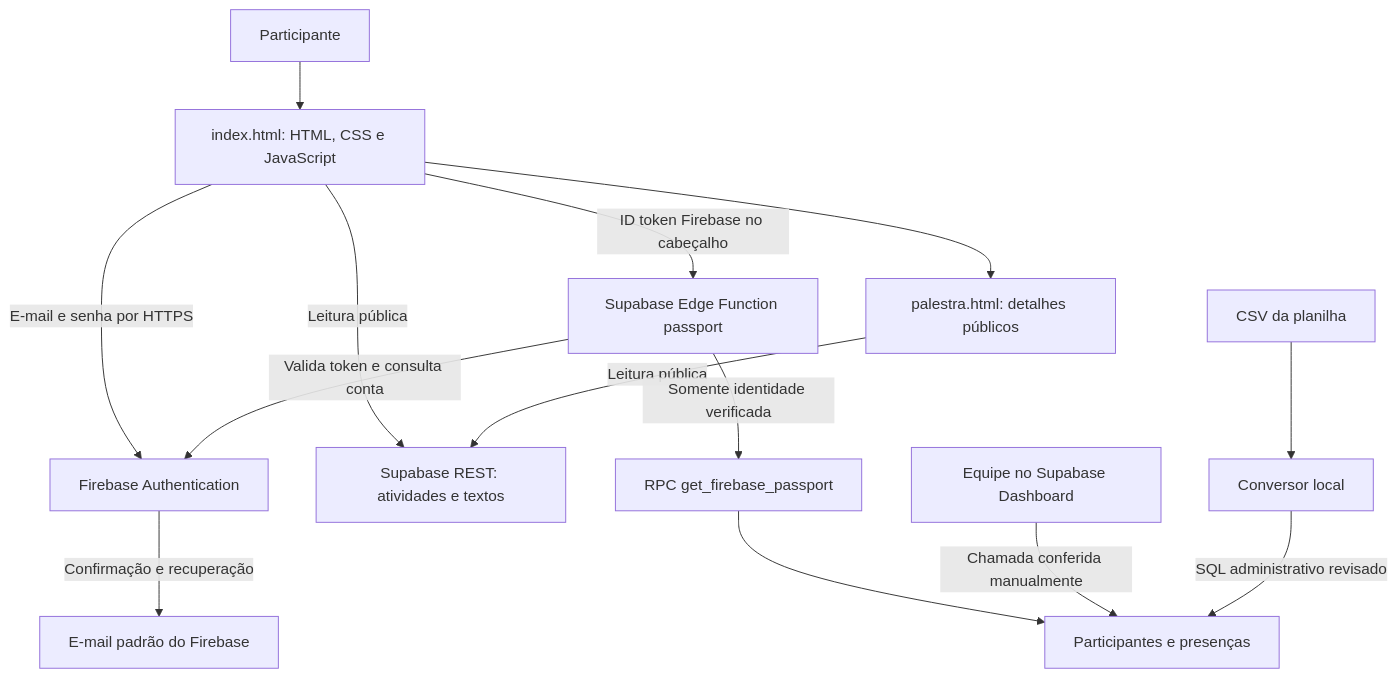
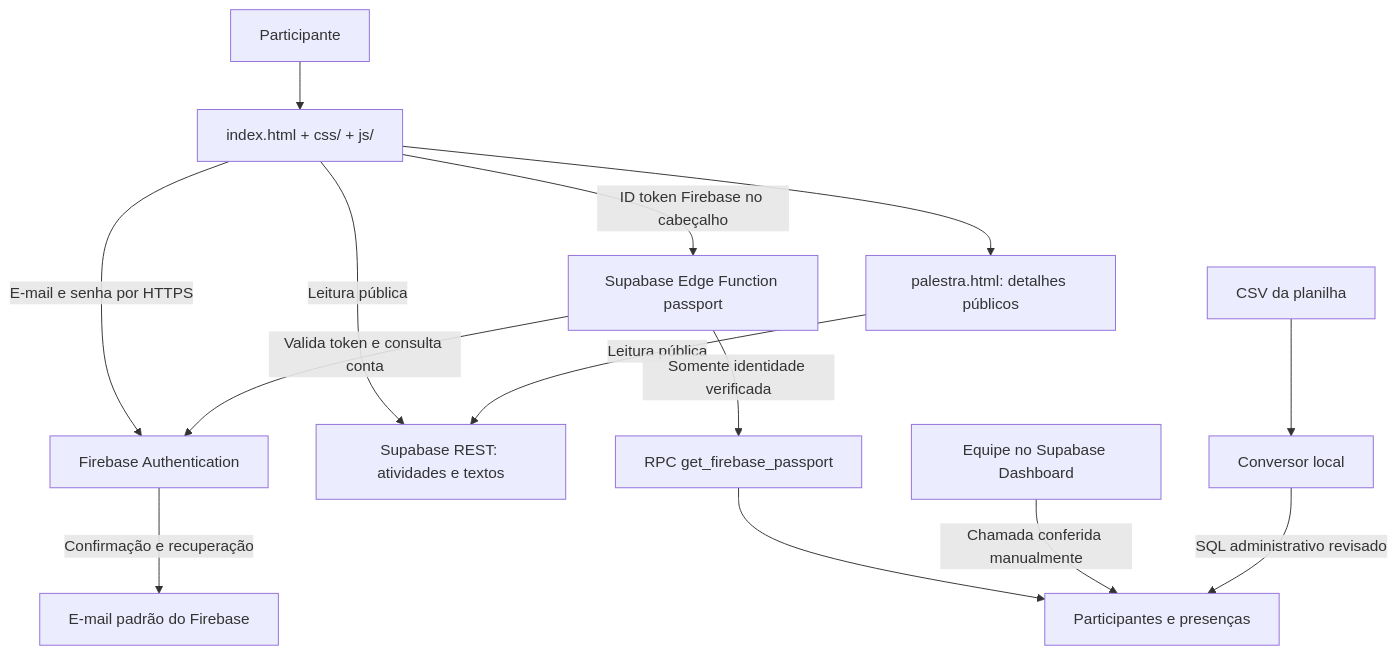
The diagram in DOCUMENTACAO.md (lipe-s-m/passaporteseccim), drawn with Mermaid before and after one commit. The commit also changed other lines of this file and 12 other files, not shown here.

````diff
--- a/DOCUMENTACAO.md
+++ b/DOCUMENTACAO.md
@@ -21,16 +21,16 @@
 ```mermaid
 flowchart TD
-    U[Participante] --> H[index.html: HTML, CSS e JavaScript]
+    U[Participante] --> H[index.html + css/ + js/]
     H --> D[palestra.html: detalhes públicos]
     H -->|E-mail e senha por HTTPS| F[Firebase Authentication]
     F -->|Confirmação e recuperação| E[E-mail padrão do Firebase]
     H -->|Leitura pública| C[Supabase REST: atividades e textos]
     D -->|Leitura pública| C
     H -->|ID token Firebase no cabeçalho| G[Supabase Edge Function passport]
     G -->|Valida token e consulta conta| F
     G -->|Somente identidade verificada| R[RPC get_firebase_passport]
     R --> P[Participantes e presenças]
     ADM[Equipe no Supabase Dashboard] -->|Chamada conferida manualmente| P
     CSV[CSV da planilha] --> I[Conversor local]
     I -->|SQL administrativo revisado| P
 ```
````
